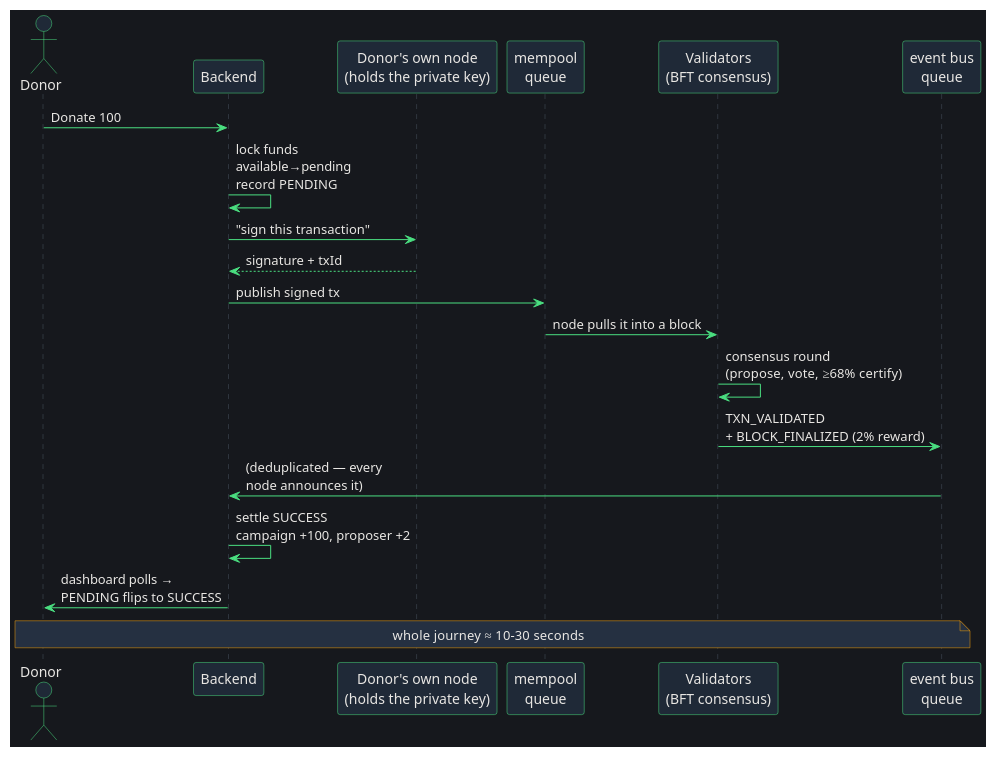
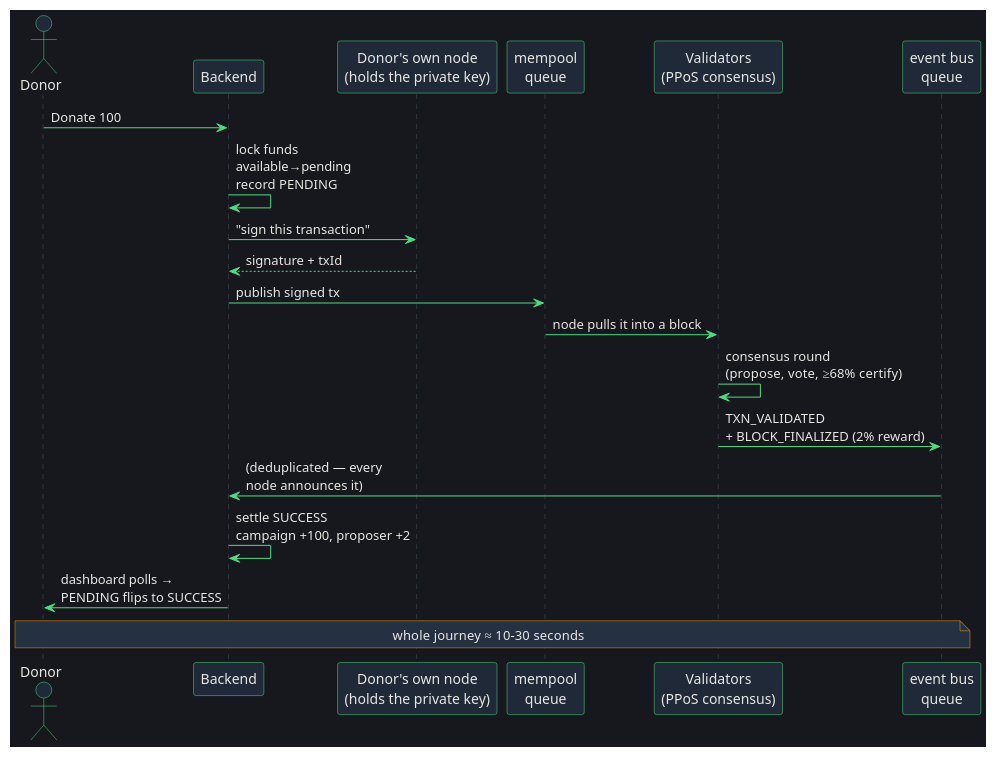
One commit to Marcher-D/charity-ledger-monorepo changed the third of 5 diagrams in docs/backend-diagrams.md. Above: the diagram before and after it, drawn with PlantUML. The commit also changed 1 other file, not shown here.

Commit message:
docs: label validators as PPoS consensus in donation diagram

````diff
--- a/docs/backend-diagrams.md
+++ b/docs/backend-diagrams.md
@@ -95,38 +95,38 @@
 ```plantuml
 @startuml
 skinparam backgroundColor #16181d
 skinparam defaultFontColor #e8e6e3
 skinparam ArrowColor #4ade80
 skinparam NoteBackgroundColor #253041
 skinparam NoteBorderColor #f59e0b
 skinparam NoteFontColor #e8e6e3
 skinparam actorBackgroundColor #1f2937
 skinparam sequence {
   ParticipantBackgroundColor #1f2937
   ParticipantBorderColor #4ade80
   ParticipantFontColor #e8e6e3
   LifeLineBorderColor #4b5563
   ActorBorderColor #4ade80
 }
 
 actor Donor
 participant "Backend" as BE
 participant "Donor's own node\n(holds the private key)" as NODE
 participant "mempool\nqueue" as Q1
-participant "Validators\n(BFT consensus)" as VAL
+participant "Validators\n(PPoS consensus)" as VAL
 participant "event bus\nqueue" as Q2
 
 Donor -> BE : Donate 100
 BE -> BE : lock funds\navailable→pending\nrecord PENDING
 BE -> NODE : "sign this transaction"
 NODE --> BE : signature + txId
 BE -> Q1 : publish signed tx
 Q1 -> VAL : node pulls it into a block
 VAL -> VAL : consensus round\n(propose, vote, ≥68% certify)
 VAL -> Q2 : TXN_VALIDATED\n+ BLOCK_FINALIZED (2% reward)
 Q2 -> BE : (deduplicated — every\nnode announces it)
 BE -> BE : settle SUCCESS\ncampaign +100, proposer +2
 Donor <- BE : dashboard polls →\nPENDING flips to SUCCESS
 note over Donor, Q2 : whole journey ≈ 10–30 seconds
 @enduml
 ```
````
